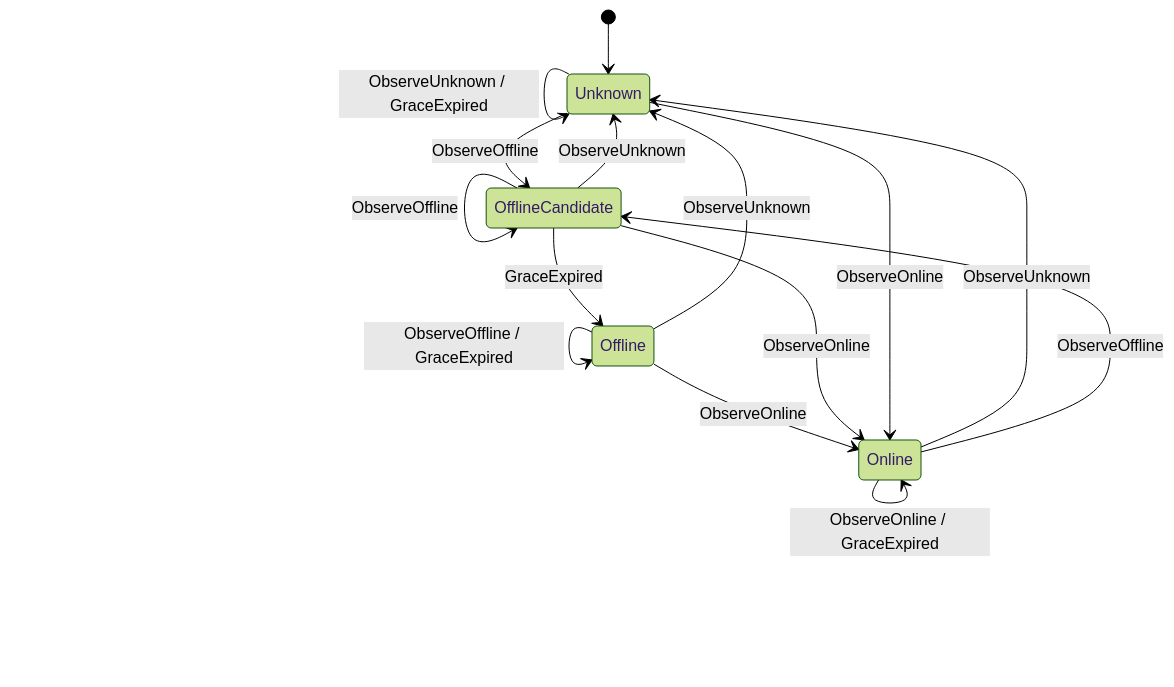
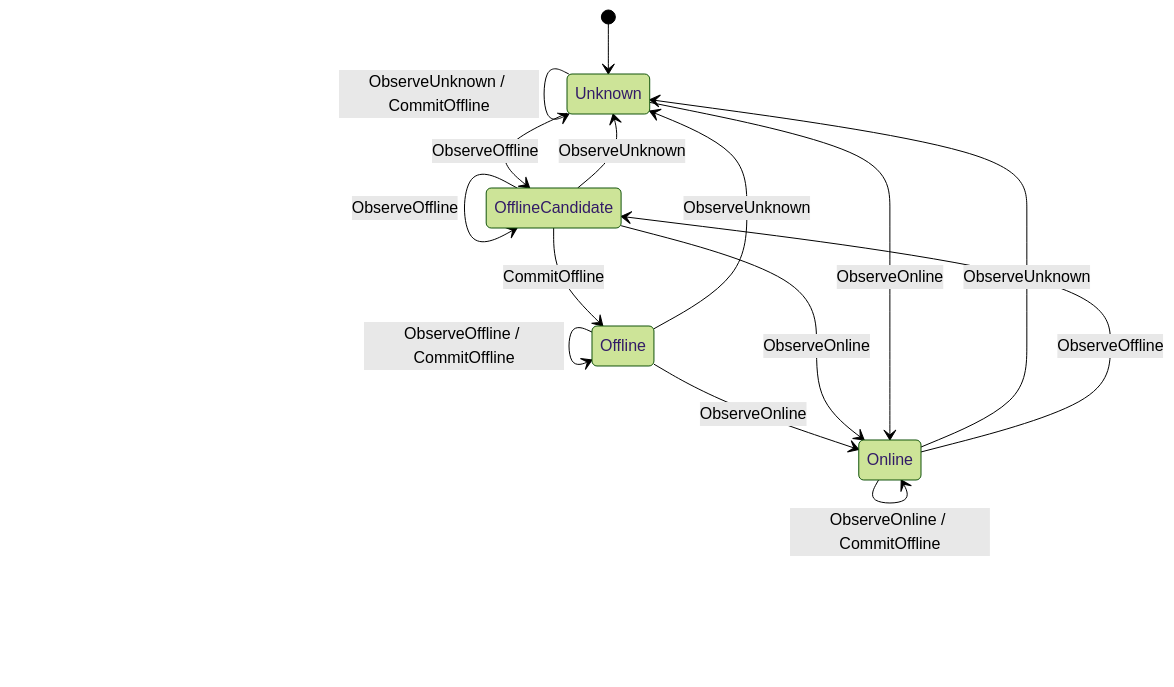
The third of 11 diagrams in rfcs/0400-event-driven-layered-connection-recovery.md (Actrium/actr), drawn with Mermaid (forest theme) before and after one commit. The commit also changed other lines of this file, not shown here.

````diff
--- a/rfcs/0400-event-driven-layered-connection-recovery.md
+++ b/rfcs/0400-event-driven-layered-connection-recovery.md
@@ -269,17 +367,17 @@
 ```mermaid
 stateDiagram-v2
     [*] --> Unknown
     Online --> Unknown : ObserveUnknown
-    OfflineCandidate --> Offline : GraceExpired
+    OfflineCandidate --> Offline : CommitOffline
     Offline --> Online : ObserveOnline
     Online --> OfflineCandidate : ObserveOffline
     OfflineCandidate --> Unknown : ObserveUnknown
     Unknown --> OfflineCandidate : ObserveOffline
     OfflineCandidate --> Online : ObserveOnline
     Offline --> Unknown : ObserveUnknown
     Unknown --> Online : ObserveOnline
     OfflineCandidate --> OfflineCandidate : ObserveOffline
-    Offline --> Offline : ObserveOffline / GraceExpired
-    Unknown --> Unknown : ObserveUnknown / GraceExpired
-    Online --> Online : ObserveOnline / GraceExpired
+    Offline --> Offline : ObserveOffline / CommitOffline
+    Unknown --> Unknown : ObserveUnknown / CommitOffline
+    Online --> Online : ObserveOnline / CommitOffline
 ```
````
